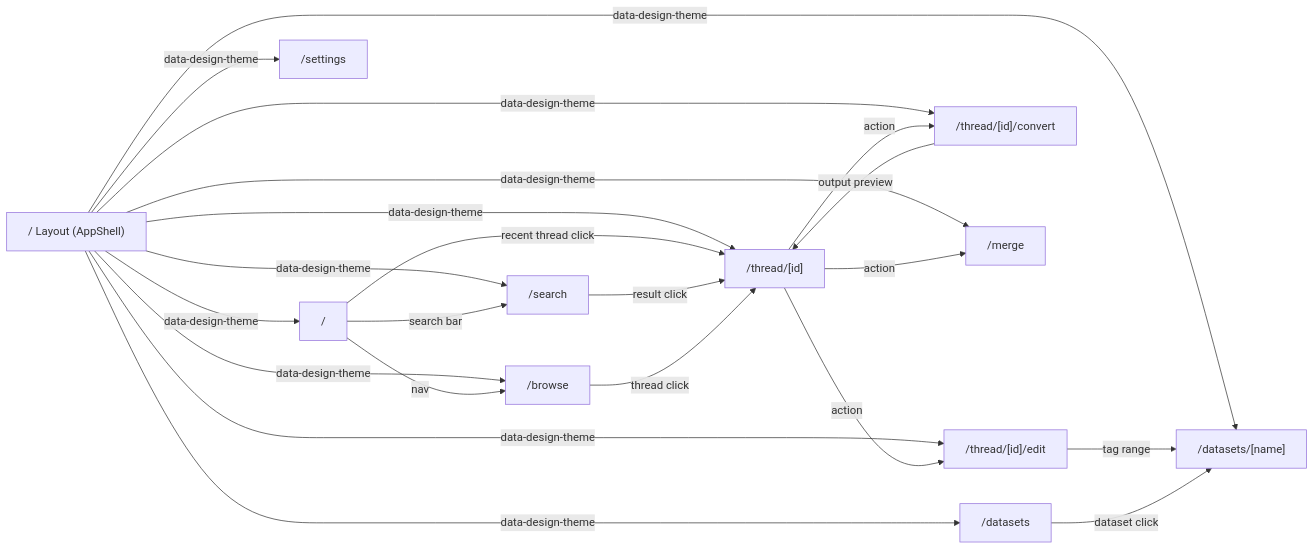
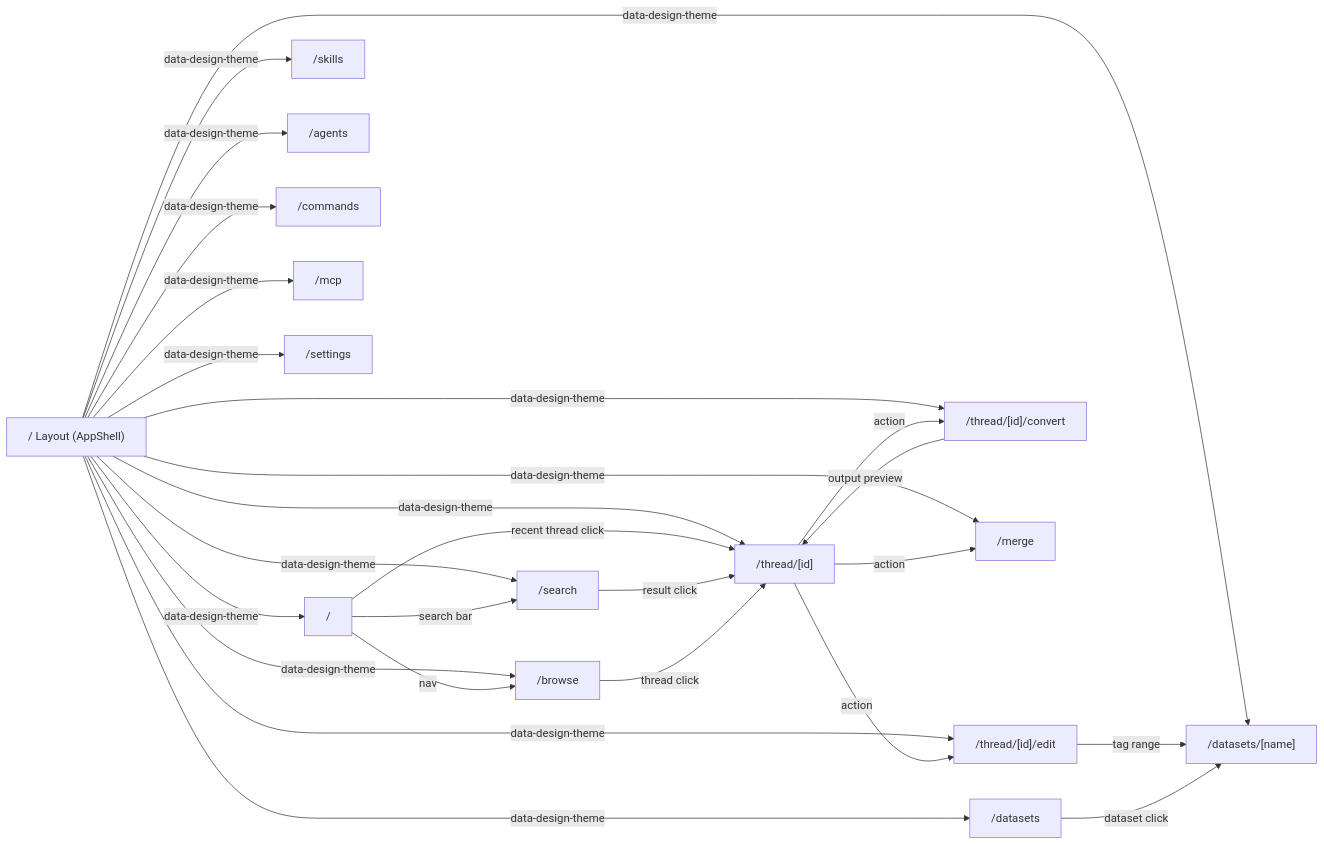
Before and after one commit to the-robot-lives/llm-toolkit: the first of 11 diagrams in design/SITEMAP.md, drawn with Mermaid. The commit also changed 66 other files, not shown here.

First line of the commit message:
feat: add skills, agents, commands, and MCP library plus macOS install

````diff
--- a/design/SITEMAP.md
+++ b/design/SITEMAP.md
@@ -13,26 +13,30 @@
 ```mermaid
 graph LR
     ROOT["/ Layout (AppShell)"]
     ROOT -->|data-design-theme| DASH["/"]
     ROOT -->|data-design-theme| SEARCH["/search"]
     ROOT -->|data-design-theme| BROWSE["/browse"]
     ROOT -->|data-design-theme| THREAD["/thread/[id]"]
     ROOT -->|data-design-theme| EDIT["/thread/[id]/edit"]
     ROOT -->|data-design-theme| CONVERT["/thread/[id]/convert"]
     ROOT -->|data-design-theme| MERGE["/merge"]
     ROOT -->|data-design-theme| DATASETS["/datasets"]
     ROOT -->|data-design-theme| DATASET["/datasets/[name]"]
+    ROOT -->|data-design-theme| SKILLS["/skills"]
+    ROOT -->|data-design-theme| AGENTS["/agents"]
+    ROOT -->|data-design-theme| COMMANDS["/commands"]
+    ROOT -->|data-design-theme| MCP["/mcp"]
     ROOT -->|data-design-theme| SETTINGS["/settings"]
 
     DASH -->|search bar| SEARCH
     DASH -->|recent thread click| THREAD
     DASH -->|nav| BROWSE
     SEARCH -->|result click| THREAD
     BROWSE -->|thread click| THREAD
     THREAD -->|action| EDIT
     THREAD -->|action| CONVERT
     THREAD -->|action| MERGE
     EDIT -->|tag range| DATASET
     CONVERT -->|output preview| THREAD
     DATASETS -->|dataset click| DATASET
 ```
````
